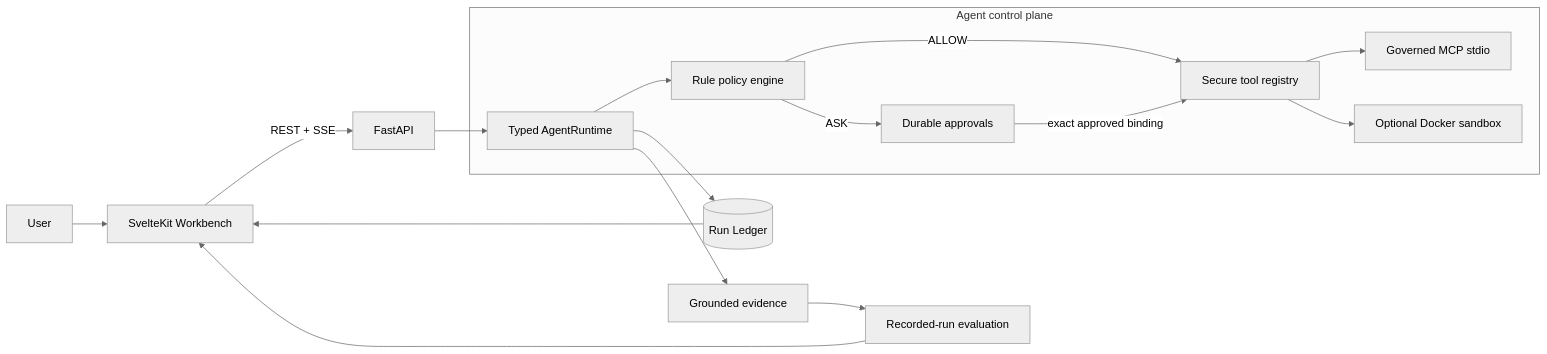
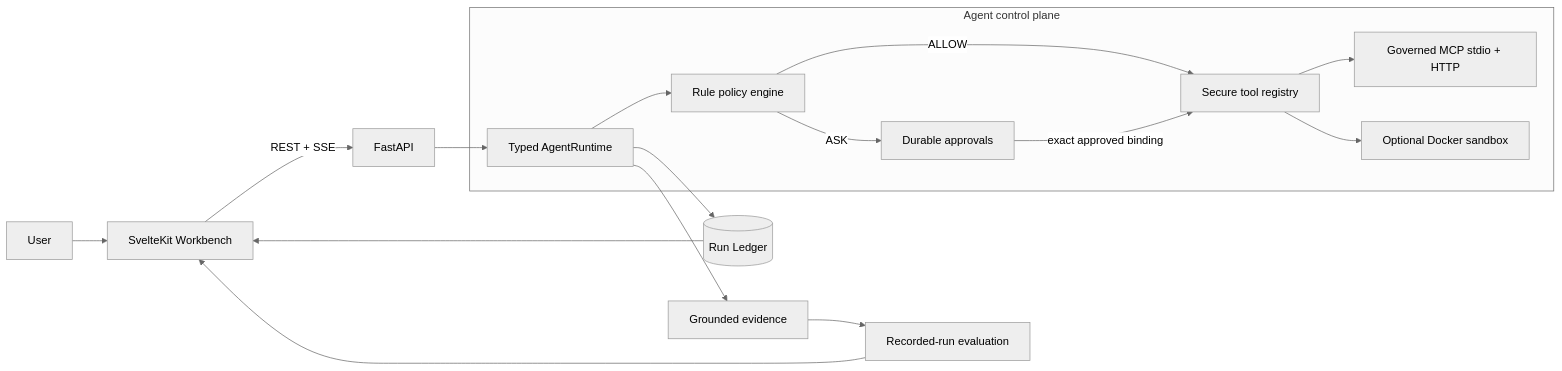
Before and after one commit to levalencia/archon: the first of 9 diagrams in docs/ARCHITECTURE-DIAGRAMS.md, drawn with Mermaid (neutral theme). The commit also changed other lines of this file and 8 other files, not shown here.

````diff
--- a/docs/ARCHITECTURE-DIAGRAMS.md
+++ b/docs/ARCHITECTURE-DIAGRAMS.md
@@ -7,28 +10,28 @@
 ```mermaid
 flowchart LR
     User --> UI[SvelteKit Workbench]
     UI -->|REST + SSE| API[FastAPI]
 
     subgraph Control[Agent control plane]
         Runtime[Typed AgentRuntime]
         Policy[Rule policy engine]
         Approval[Durable approvals]
         Registry[Secure tool registry]
-        MCP[Governed MCP stdio]
+        MCP[Governed MCP stdio + HTTP]
         Sandbox[Optional Docker sandbox]
     end
 
     API --> Runtime
     Runtime --> Policy
     Policy -->|ALLOW| Registry
     Policy -->|ASK| Approval
     Approval -->|exact approved binding| Registry
     Registry --> MCP
     Registry --> Sandbox
 
     Runtime --> Ledger[(Run Ledger)]
     Runtime --> Evidence[Grounded evidence]
     Evidence --> Eval[Recorded-run evaluation]
     Ledger --> UI
     Eval --> UI
 ```
````
